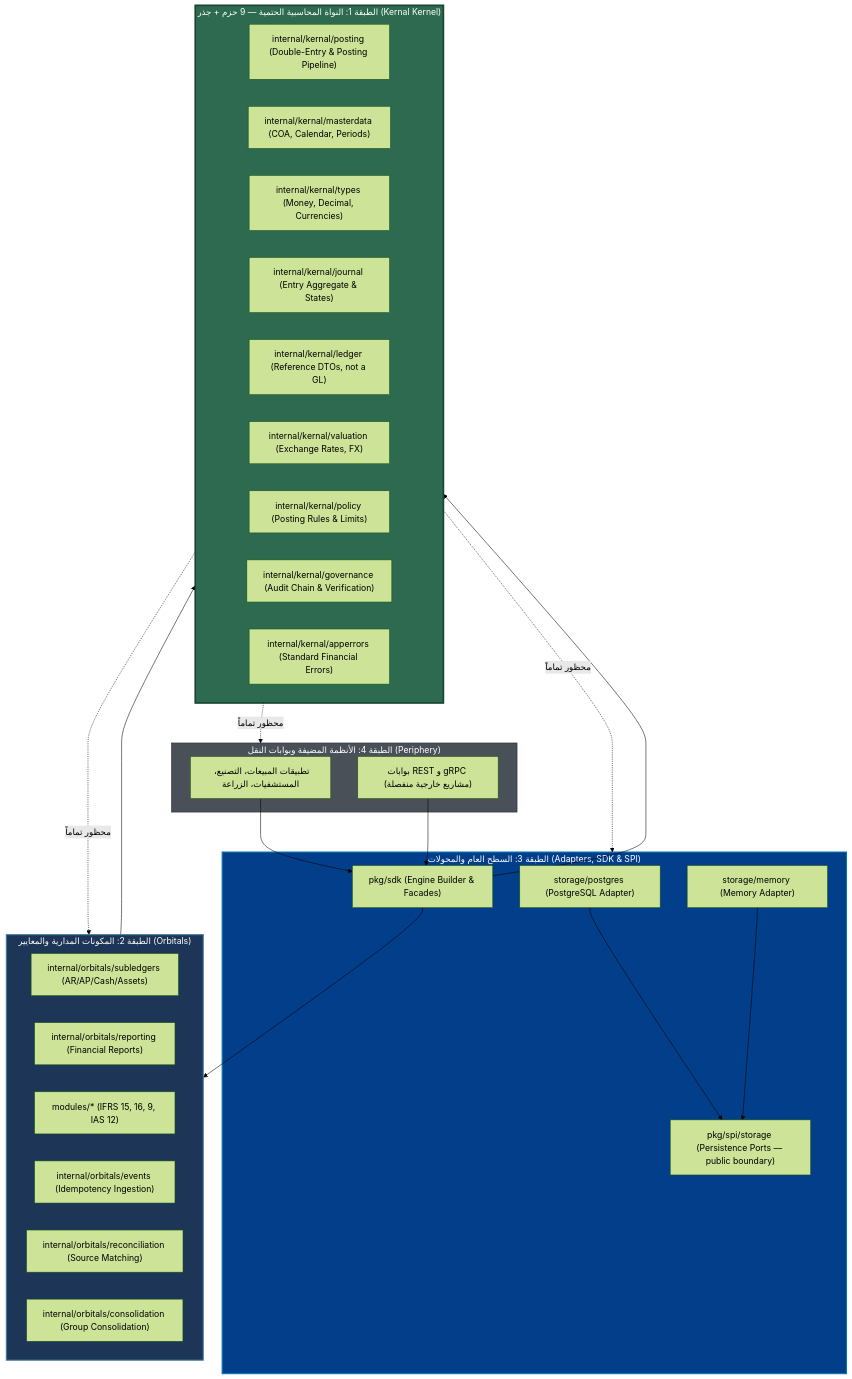
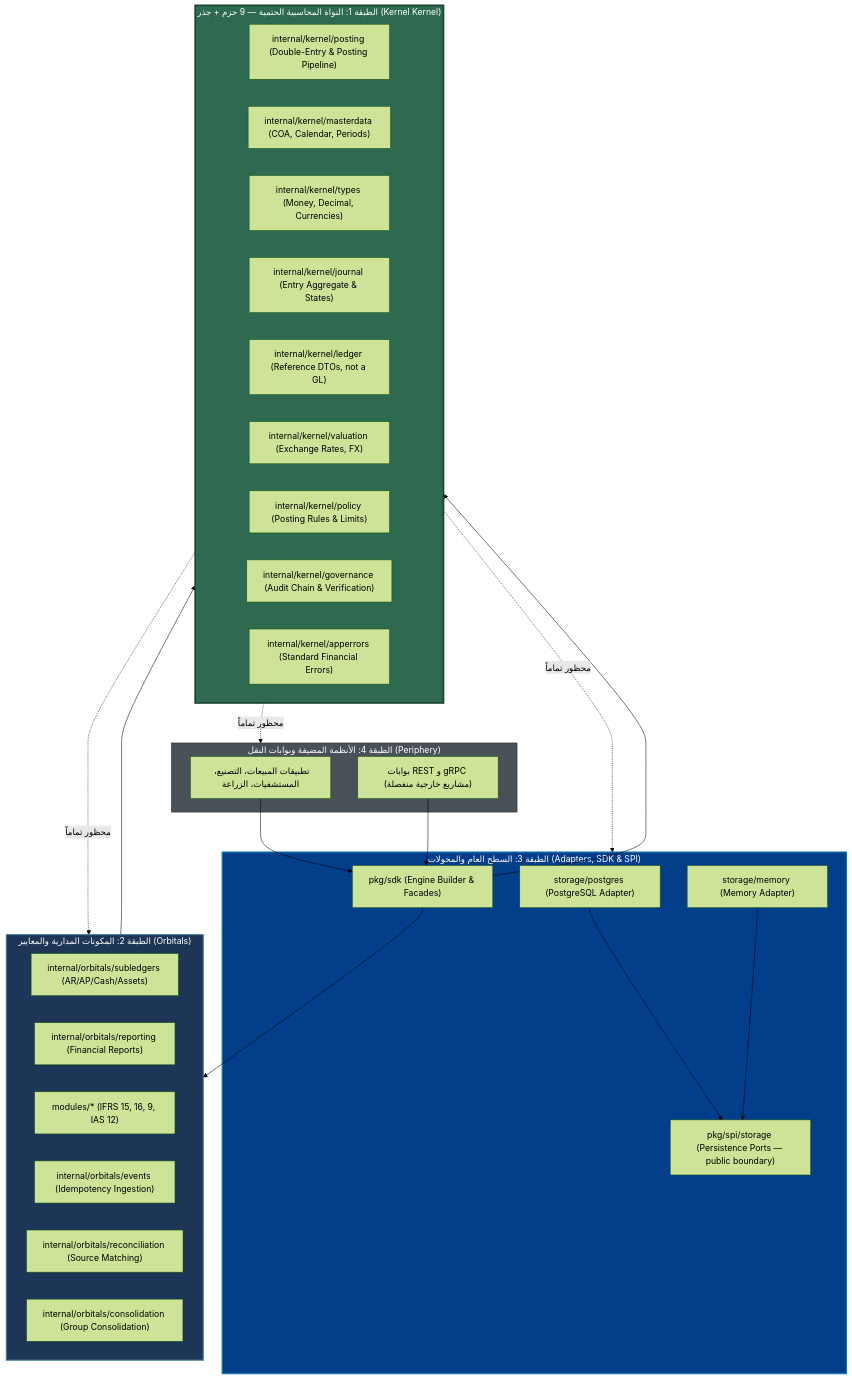
One commit to osmai4603-collab/accountant_engine changed the diagram in docs/architecture/ARCHITECTURAL_PRINCIPLES_CHARTER.md. Above: the diagram before and after it, drawn with Mermaid (forest theme). The commit also changed other lines of this file and 402 other files, not shown here.

````diff
--- a/docs/architecture/ARCHITECTURAL_PRINCIPLES_CHARTER.md
+++ b/docs/architecture/ARCHITECTURAL_PRINCIPLES_CHARTER.md
@@ -153,55 +153,55 @@
 ```mermaid
 flowchart TD
     subgraph Layer4 ["الطبقة 4: الأنظمة المضيفة وبوابات النقل (Periphery)"]
         HOST["تطبيقات المبيعات، التصنيع، المستشفيات، الزراعة"]
         GW["بوابات REST و gRPC (مشاريع خارجية منفصلة)"]
     end
 
     subgraph Layer3 ["الطبقة 3: السطح العام والمحولات (Adapters, SDK & SPI)"]
         SDK["pkg/sdk (Engine Builder & Facades)"]
         SPI["pkg/spi/storage (Persistence Ports — public boundary)"]
         ADAPT_PG["storage/postgres (PostgreSQL Adapter)"]
         ADAPT_MEM["storage/memory (Memory Adapter)"]
     end
 
     subgraph Layer2 ["الطبقة 2: المكونات المدارية والمعايير (Orbitals)"]
         SUBLEDGERS["internal/orbitals/subledgers (AR/AP/Cash/Assets)"]
         REPORTING["internal/orbitals/reporting (Financial Reports)"]
         STANDARDS["modules/* (IFRS 15, 16, 9, IAS 12)"]
         EVENTS["internal/orbitals/events (Idempotency Ingestion)"]
         RECON["internal/orbitals/reconciliation (Source Matching)"]
         CONSOL["internal/orbitals/consolidation (Group Consolidation)"]
     end
 
-    subgraph Layer1 ["الطبقة 1: النواة المحاسبية الحتمية — 9 حزم + جذر (Kernal Kernel)"]
-        POSTING["internal/kernal/posting (Double-Entry & Posting Pipeline)"]
-        MASTER["internal/kernal/masterdata (COA, Calendar, Periods)"]
-        TYPES["internal/kernal/types (Money, Decimal, Currencies)"]
-        JOURNAL["internal/kernal/journal (Entry Aggregate & States)"]
-        LEDGER["internal/kernal/ledger (Reference DTOs, not a GL)"]
-        VALUATION["internal/kernal/valuation (Exchange Rates, FX)"]
-        POLICY["internal/kernal/policy (Posting Rules & Limits)"]
-        GOVERNANCE["internal/kernal/governance (Audit Chain & Verification)"]
-        APPERRORS["internal/kernal/apperrors (Standard Financial Errors)"]
+    subgraph Layer1 ["الطبقة 1: النواة المحاسبية الحتمية — 9 حزم + جذر (Kernel Kernel)"]
+        POSTING["internal/kernel/posting (Double-Entry & Posting Pipeline)"]
+        MASTER["internal/kernel/masterdata (COA, Calendar, Periods)"]
+        TYPES["internal/kernel/types (Money, Decimal, Currencies)"]
+        JOURNAL["internal/kernel/journal (Entry Aggregate & States)"]
+        LEDGER["internal/kernel/ledger (Reference DTOs, not a GL)"]
+        VALUATION["internal/kernel/valuation (Exchange Rates, FX)"]
+        POLICY["internal/kernel/policy (Posting Rules & Limits)"]
+        GOVERNANCE["internal/kernel/governance (Audit Chain & Verification)"]
+        APPERRORS["internal/kernel/apperrors (Standard Financial Errors)"]
     end
 
     %% اتجاه الاعتماديات الإلزامي
     HOST --> SDK
     GW --> SDK
     ADAPT_PG --> SPI
     ADAPT_MEM --> SPI
     SDK --> Layer1
     SDK --> Layer2
     Layer2 --> Layer1
 
     %% قاعدة منع العكس
     Layer1 -.->|محظور تماماً| Layer2
     Layer1 -.->|محظور تماماً| Layer3
     Layer1 -.->|محظور تماماً| Layer4
-    %% ADR P7-01: pkg/api/v1 وحدها تملك جسر أسماء مستعارة إلى internal/kernal؛ pkg/spi ممنوع
+    %% ADR P7-01: pkg/api/v1 وحدها تملك جسر أسماء مستعارة إلى internal/kernel؛ pkg/spi ممنوع
 
     style Layer1 fill:#2d6a4f,stroke:#1b4332,stroke-width:3px,color:#fff;
     style Layer2 fill:#1d3557,stroke:#457b9d,stroke-width:2px,color:#fff;
     style Layer3 fill:#023e8a,stroke:#0077b6,stroke-width:2px,color:#fff;
     style Layer4 fill:#495057,stroke:#212529,stroke-width:1px,color:#fff;
 ```
````
